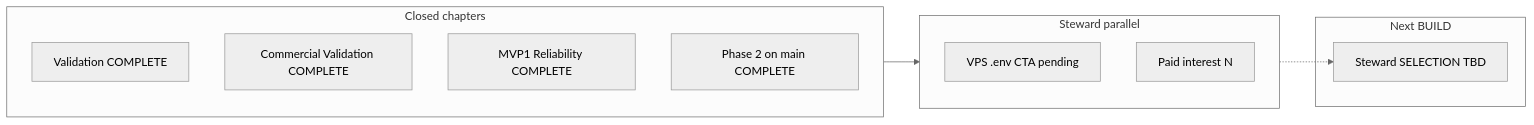
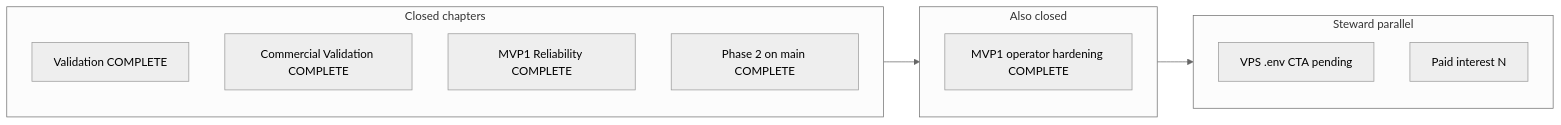
The diagram in docs/SOP/PPE_INTEGRATED_STATUS.md (DanielTabakman/Probability-prediction-engine), drawn with Mermaid (neutral theme) before and after one commit. The commit also changed other lines of this file and 11 other files, not shown here.

First line of the commit message:
MVP1 operator hardening: trust-strip smoke gate and chapter close.

````diff
--- a/docs/SOP/PPE_INTEGRATED_STATUS.md
+++ b/docs/SOP/PPE_INTEGRATED_STATUS.md
@@ -12,18 +12,18 @@
 ```mermaid
 flowchart LR
   subgraph closed [Closed chapters]
     V[Validation COMPLETE]
     C[Commercial Validation COMPLETE]
     R[MVP1 Reliability COMPLETE]
     P2[Phase 2 on main COMPLETE]
   end
   subgraph steward [Steward parallel]
     ENV[VPS .env CTA pending]
     PI[Paid interest N]
   end
-  subgraph next [Next BUILD]
-    SEL[Steward SELECTION TBD]
+  subgraph closed2 [Also closed]
+    OH[MVP1 operator hardening COMPLETE]
   end
-  closed --> steward
-  steward -.-> SEL
+  closed --> closed2
+  closed2 --> steward
 ```
````
